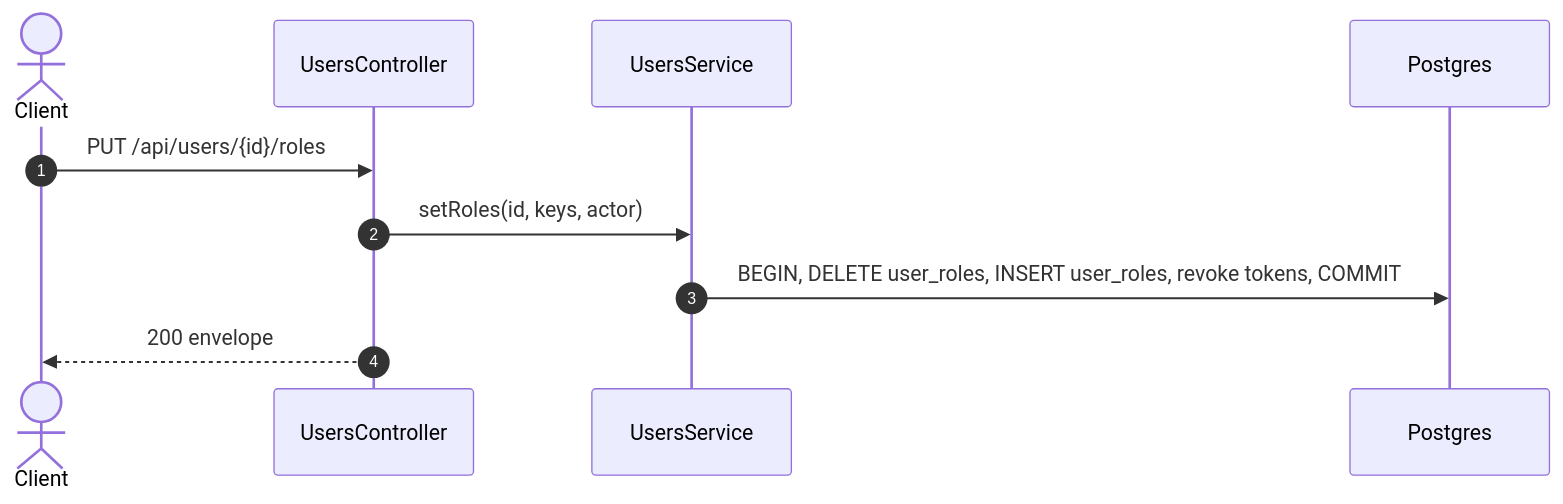
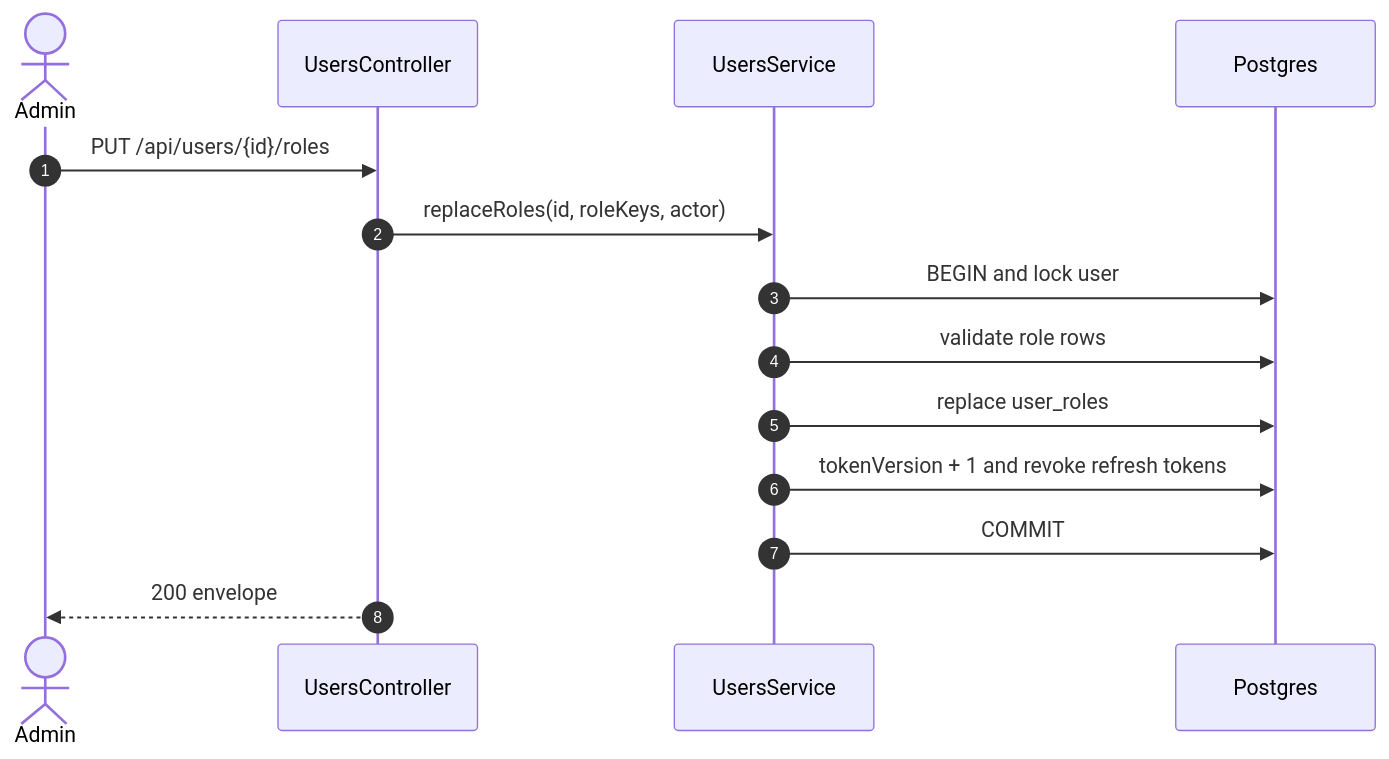
The second of 2 diagrams in specs/auth/api-design/14-put-users-roles.md (TrekLink-Team/treklink-web), drawn with Mermaid before and after one commit. The commit also changed other lines of this file and 13 other files, not shown here.

````diff
--- a/specs/auth/api-design/14-put-users-roles.md
+++ b/specs/auth/api-design/14-put-users-roles.md
@@ -204,12 +98,16 @@
 ```mermaid
 sequenceDiagram
     autonumber
-    actor Client
+    actor Admin
     participant Controller as UsersController
     participant Service as UsersService
     participant DB as Postgres
-    Client->>Controller: PUT /api/users/{id}/roles
-    Controller->>Service: setRoles(id, keys, actor)
-    Service->>DB: BEGIN, DELETE user_roles, INSERT user_roles, revoke tokens, COMMIT
-    Controller-->>Client: 200 envelope
+    Admin->>Controller: PUT /api/users/{id}/roles
+    Controller->>Service: replaceRoles(id, roleKeys, actor)
+    Service->>DB: BEGIN and lock user
+    Service->>DB: validate role rows
+    Service->>DB: replace user_roles
+    Service->>DB: tokenVersion + 1 and revoke refresh tokens
+    Service->>DB: COMMIT
+    Controller-->>Admin: 200 envelope
 ```
````
